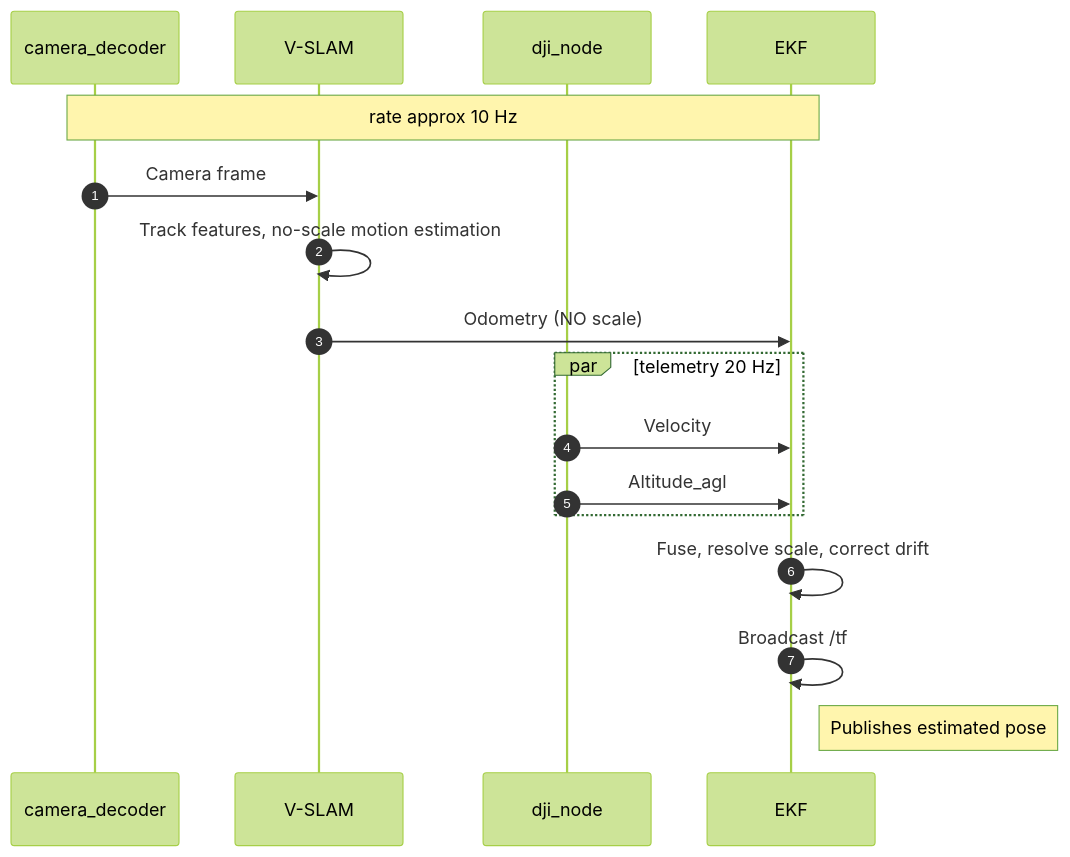
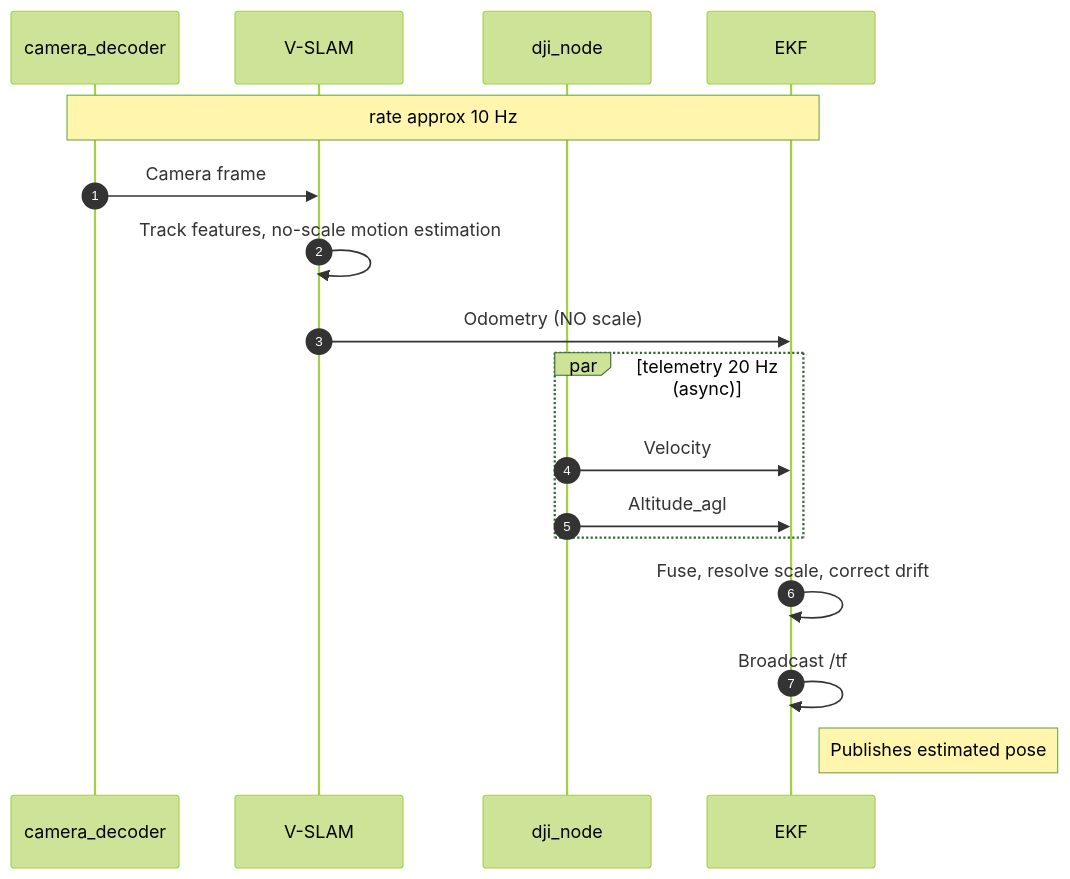
The first of 4 diagrams in docs/dataflow.md (cristhianpoveda/path_planning_aerial_inspection), drawn with Mermaid (forest theme) before and after one commit. The commit also changed 1 other file, not shown here.

Commit message:
doc: state machine

````diff
--- a/docs/dataflow.md
+++ b/docs/dataflow.md
@@ -9,22 +9,22 @@
 ```mermaid
 sequenceDiagram
     autonumber
     participant DEC as camera_decoder
     participant SLAM as V-SLAM
     participant DJI as dji_node
     participant EKF as EKF
 
     Note over DEC,EKF: rate approx 10 Hz
     DEC->>SLAM: Camera frame
     SLAM->>SLAM: Track features, no-scale motion estimation
     SLAM->>EKF: Odometry (NO scale)
 
-    par telemetry 20 Hz
+    par telemetry 20 Hz (async)
         DJI->>EKF: Velocity
         DJI->>EKF: Altitude_agl
     end
 
     EKF->>EKF: Fuse, resolve scale, correct drift
     EKF->>EKF: Broadcast /tf 
     Note right of EKF: Publishes estimated pose
 ```
````
